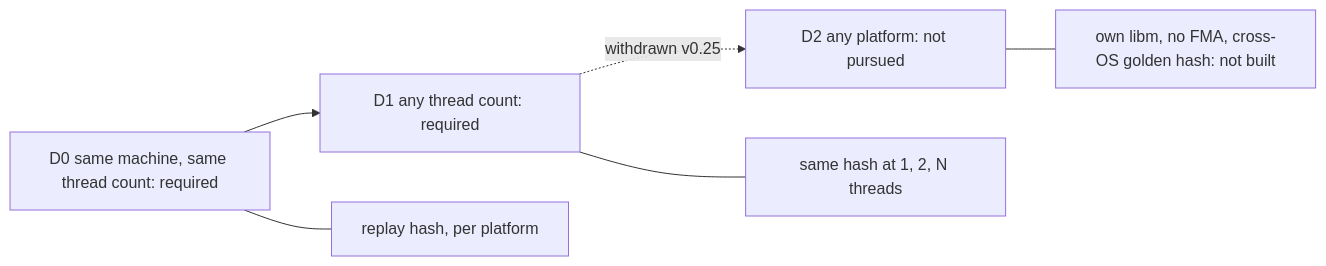
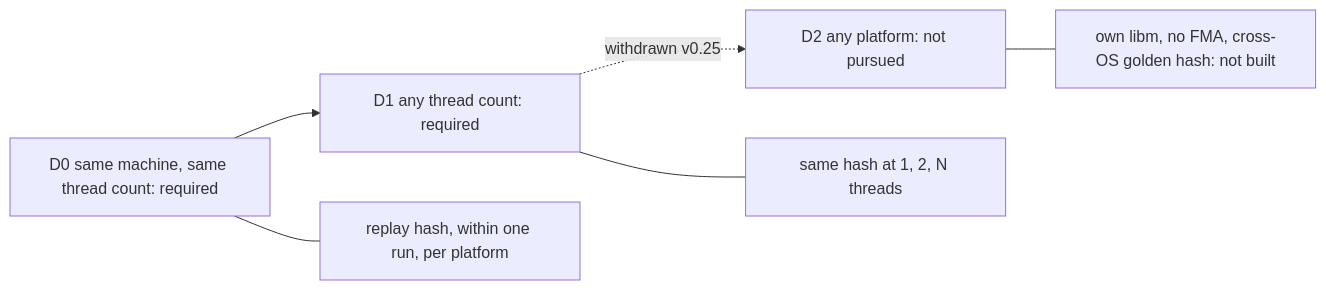
The first of 2 diagrams in wiki/architecture/physics.md (giamat90/DuckEngine), drawn with Mermaid before and after one commit. The commit also changed other lines of this file and 8 other files, not shown here.

Commit message:
docs(governance): replay hash is compared within one run, no stored golden hash (1-14) (#53)

````diff
--- a/wiki/architecture/physics.md
+++ b/wiki/architecture/physics.md
@@ -39,8 +39,8 @@
 ```mermaid
 flowchart LR
   D0["D0 same machine, same thread count: required"] --> D1["D1 any thread count: required"]
   D1 -.->|"withdrawn v0.25"| D2["D2 any platform: not pursued"]
-  D0 --- T0["replay hash, per platform"]
+  D0 --- T0["replay hash, within one run, per platform"]
   D1 --- T1["same hash at 1, 2, N threads"]
   D2 --- T2["own libm, no FMA, cross-OS golden hash: not built"]
 ```
````
